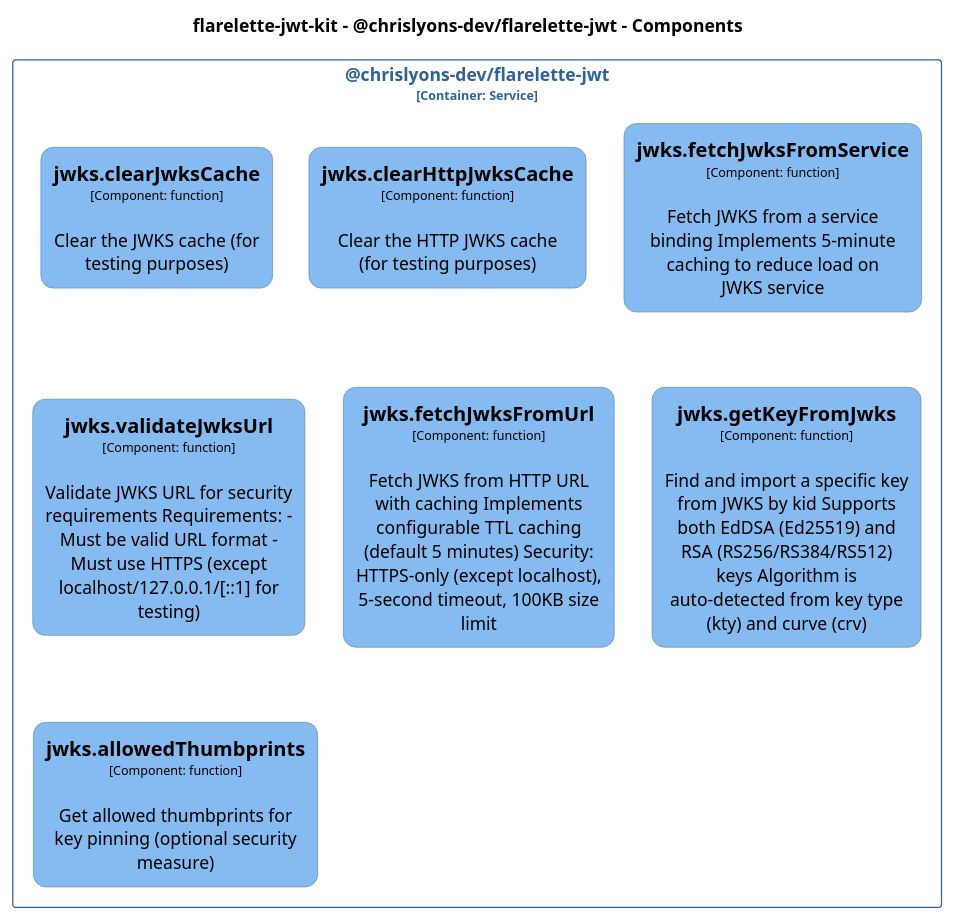
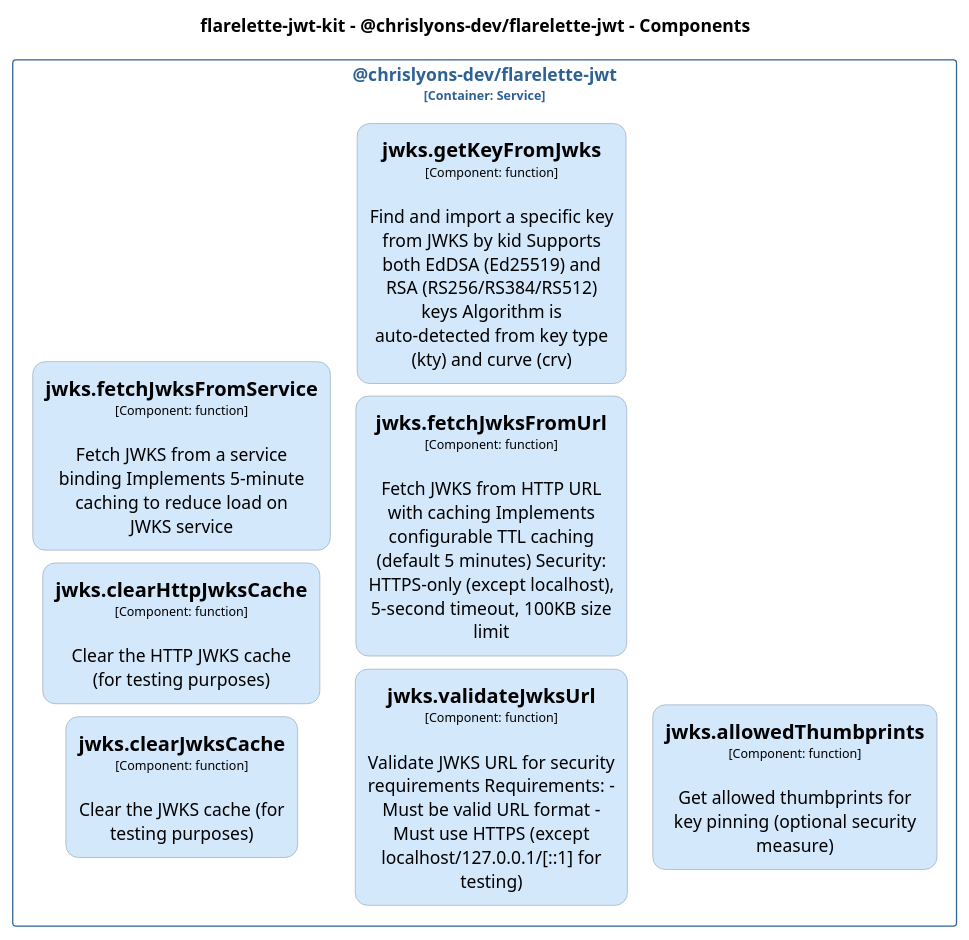
One commit to chrislyons-dev/flarelette-jwt-kit changed the diagram in docs/architecture/diagrams/plantuml/structurizr-Classes_chrislyons_dev_flarelette_jwt__jwks.puml. Above: the diagram before and after it, drawn with PlantUML. The commit also changed 118 other files, not shown here.

```diff
--- a/docs/architecture/diagrams/plantuml/structurizr-Classes_chrislyons_dev_flarelette_jwt__jwks.puml
+++ b/docs/architecture/diagrams/plantuml/structurizr-Classes_chrislyons_dev_flarelette_jwt__jwks.puml
@@ -1,84 +1,84 @@
 @startuml
 set separator none
 title flarelette-jwt-kit - @chrislyons-dev/flarelette-jwt - Components
 
-top to bottom direction
-skinparam ranksep 60
-skinparam nodesep 30
+left to right direction
+skinparam ranksep 20
+skinparam nodesep 10
 
 skinparam {
   arrowFontSize 10
   defaultTextAlignment center
   wrapWidth 200
   maxMessageSize 100
   defaultFontName "Arial"
 }
 
 hide stereotype
 
 skinparam rectangle<<flarelettejwtkit.chrislyonsdevflarelettejwt.jwksallowedThumbprints>> {
-  BackgroundColor #85bbf0
+  BackgroundColor #d4e8fc
   FontColor #000000
-  BorderColor #5d82a8
+  BorderColor #94a2b0
   roundCorner 20
   shadowing false
 }
 skinparam rectangle<<flarelettejwtkit.chrislyonsdevflarelettejwt.jwksclearHttpJwksCache>> {
-  BackgroundColor #85bbf0
+  BackgroundColor #d4e8fc
   FontColor #000000
-  BorderColor #5d82a8
+  BorderColor #94a2b0
   roundCorner 20
   shadowing false
 }
 skinparam rectangle<<flarelettejwtkit.chrislyonsdevflarelettejwt.jwksclearJwksCache>> {
-  BackgroundColor #85bbf0
+  BackgroundColor #d4e8fc
   FontColor #000000
-  BorderColor #5d82a8
+  BorderColor #94a2b0
   roundCorner 20
   shadowing false
 }
 skinparam rectangle<<flarelettejwtkit.chrislyonsdevflarelettejwt.jwksfetchJwksFromService>> {
-  BackgroundColor #85bbf0
+  BackgroundColor #d4e8fc
   FontColor #000000
-  BorderColor #5d82a8
+  BorderColor #94a2b0
   roundCorner 20
   shadowing false
 }
 skinparam rectangle<<flarelettejwtkit.chrislyonsdevflarelettejwt.jwksfetchJwksFromUrl>> {
-  BackgroundColor #85bbf0
+  BackgroundColor #d4e8fc
   FontColor #000000
-  BorderColor #5d82a8
+  BorderColor #94a2b0
   roundCorner 20
   shadowing false
 }
 skinparam rectangle<<flarelettejwtkit.chrislyonsdevflarelettejwt.jwksgetKeyFromJwks>> {
-  BackgroundColor #85bbf0
+  BackgroundColor #d4e8fc
   FontColor #000000
-  BorderColor #5d82a8
+  BorderColor #94a2b0
   roundCorner 20
   shadowing false
 }
 skinparam rectangle<<flarelettejwtkit.chrislyonsdevflarelettejwt.jwksvalidateJwksUrl>> {
-  BackgroundColor #85bbf0
+  BackgroundColor #d4e8fc
   FontColor #000000
-  BorderColor #5d82a8
+  BorderColor #94a2b0
   roundCorner 20
   shadowing false
 }
 skinparam rectangle<<flarelettejwtkit.chrislyonsdevflarelettejwt>> {
   BorderColor #2e6295
   FontColor #2e6295
   shadowing false
 }
 
 rectangle "@chrislyons-dev/flarelette-jwt\n<size:10>[Container: Service]</size>" <<flarelettejwtkit.chrislyonsdevflarelettejwt>> {
   rectangle "==jwks.clearJwksCache\n<size:10>[Component: function]</size>\n\nClear the JWKS cache (for testing purposes)" <<flarelettejwtkit.chrislyonsdevflarelettejwt.jwksclearJwksCache>> as flarelettejwtkit.chrislyonsdevflarelettejwt.jwksclearJwksCache
   rectangle "==jwks.clearHttpJwksCache\n<size:10>[Component: function]</size>\n\nClear the HTTP JWKS cache (for testing purposes)" <<flarelettejwtkit.chrislyonsdevflarelettejwt.jwksclearHttpJwksCache>> as flarelettejwtkit.chrislyonsdevflarelettejwt.jwksclearHttpJwksCache
   rectangle "==jwks.fetchJwksFromService\n<size:10>[Component: function]</size>\n\nFetch JWKS from a service binding Implements 5-minute caching to reduce load on JWKS service" <<flarelettejwtkit.chrislyonsdevflarelettejwt.jwksfetchJwksFromService>> as flarelettejwtkit.chrislyonsdevflarelettejwt.jwksfetchJwksFromService
   rectangle "==jwks.validateJwksUrl\n<size:10>[Component: function]</size>\n\nValidate JWKS URL for security requirements Requirements: - Must be valid URL format - Must use HTTPS (except localhost/127.0.0.1/[::1] for testing)" <<flarelettejwtkit.chrislyonsdevflarelettejwt.jwksvalidateJwksUrl>> as flarelettejwtkit.chrislyonsdevflarelettejwt.jwksvalidateJwksUrl
   rectangle "==jwks.fetchJwksFromUrl\n<size:10>[Component: function]</size>\n\nFetch JWKS from HTTP URL with caching Implements configurable TTL caching (default 5 minutes) Security: HTTPS-only (except localhost), 5-second timeout, 100KB size limit" <<flarelettejwtkit.chrislyonsdevflarelettejwt.jwksfetchJwksFromUrl>> as flarelettejwtkit.chrislyonsdevflarelettejwt.jwksfetchJwksFromUrl
   rectangle "==jwks.getKeyFromJwks\n<size:10>[Component: function]</size>\n\nFind and import a specific key from JWKS by kid Supports both EdDSA (Ed25519) and RSA (RS256/RS384/RS512) keys Algorithm is auto-detected from key type (kty) and curve (crv)" <<flarelettejwtkit.chrislyonsdevflarelettejwt.jwksgetKeyFromJwks>> as flarelettejwtkit.chrislyonsdevflarelettejwt.jwksgetKeyFromJwks
   rectangle "==jwks.allowedThumbprints\n<size:10>[Component: function]</size>\n\nGet allowed thumbprints for key pinning (optional security measure)" <<flarelettejwtkit.chrislyonsdevflarelettejwt.jwksallowedThumbprints>> as flarelettejwtkit.chrislyonsdevflarelettejwt.jwksallowedThumbprints
 }
 
 @enduml
```
